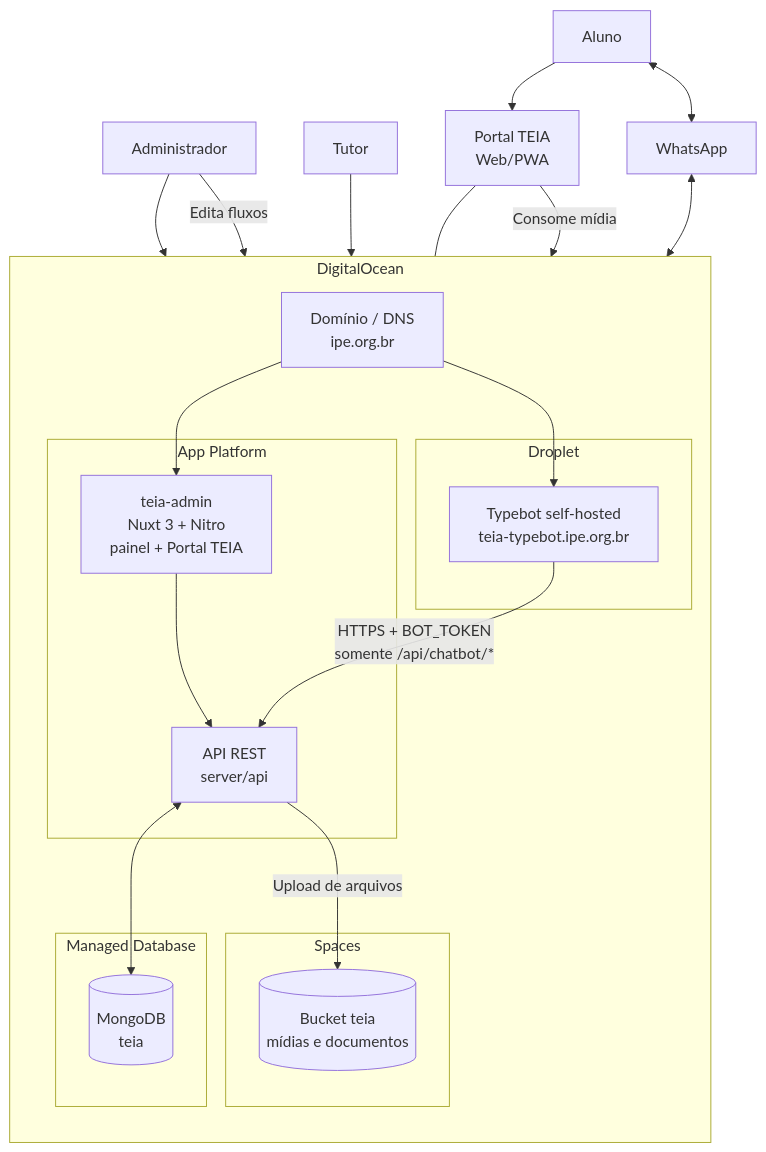
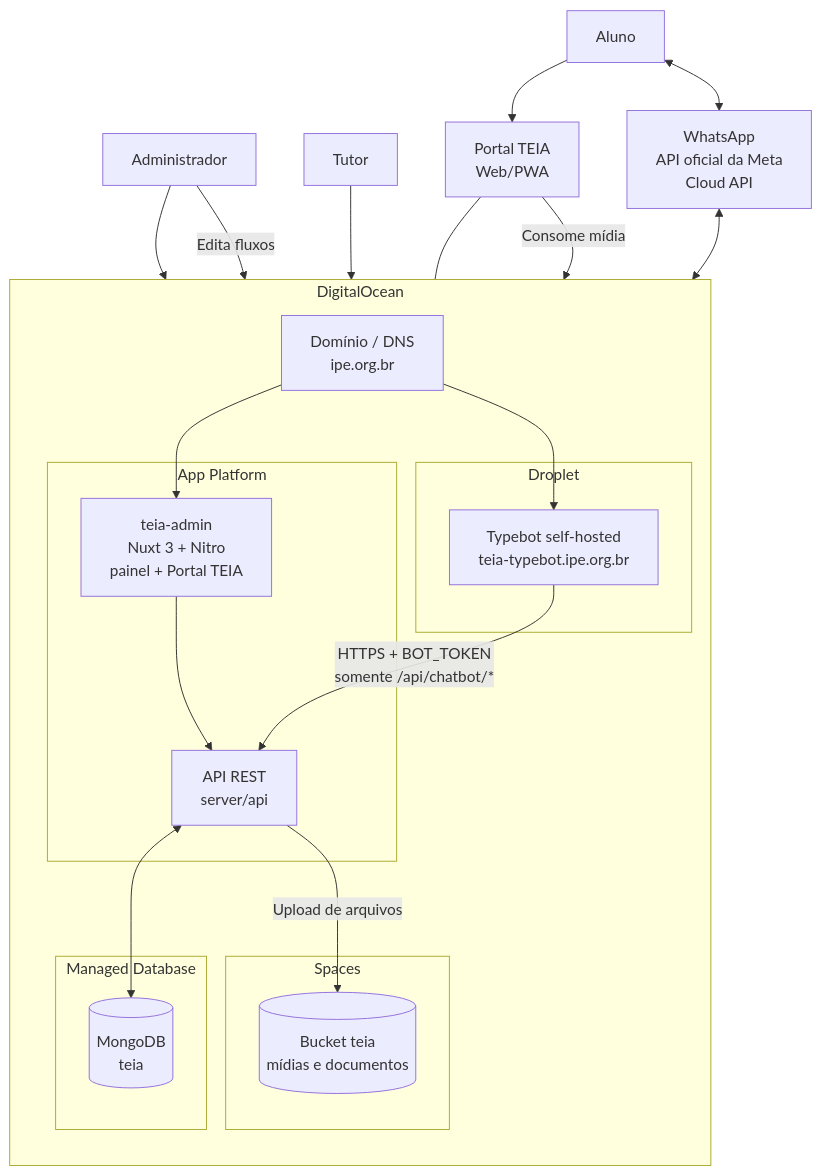
One commit to devsdoprojetoteia/teia-admin changed the first of 2 diagrams in docs/arquitetura_aplicacao.md. Above: the diagram before and after it, drawn with Mermaid. The commit also changed other lines of this file and 1 other file, not shown here.

Commit message:
Explicita na documentação de arquitetura e do chatbot que o WhatsApp é integrado ao Typebot pela API oficial da Meta (Cloud API), sem gateway intermediário.

````diff
--- a/docs/arquitetura_aplicacao.md
+++ b/docs/arquitetura_aplicacao.md
@@ -13,57 +13,57 @@
 ```mermaid
 flowchart TB
   %% Atores
   Staff[Administrador]
   Tutor[Tutor]
   Student[Aluno]
 
   %% Canais
-  WhatsApp[WhatsApp]
+  WhatsApp[WhatsApp<br/>API oficial da Meta<br/>Cloud API]
   Portal[Portal TEIA<br/>Web/PWA]
 
   %% DigitalOcean
   subgraph DO[DigitalOcean]
     direction TB
 
     subgraph AppPlatform[App Platform]
       AdminApp[teia-admin<br/>Nuxt 3 + Nitro<br/>painel + Portal TEIA]
       ApiRoutes[API REST<br/>server/api]
       AdminApp --> ApiRoutes
     end
 
     subgraph DB[Managed Database]
       Mongo[(MongoDB<br/>teia)]
     end
 
     subgraph ObjectStorage[Spaces]
       Spaces[(Bucket teia<br/>mídias e documentos)]
     end
 
     subgraph Compute[Droplet]
       Typebot[Typebot self-hosted<br/>teia-typebot.ipe.org.br]
     end
 
     Domain[Domínio / DNS<br/>ipe.org.br]
   end
 
   %% Acesso de usuários
   Staff --> AdminApp
   Tutor --> AdminApp
   Staff -->|Edita fluxos| Typebot
   Student --> Portal
   Portal --- AdminApp
 
   %% Fluxo do chatbot
   Student <--> WhatsApp
   WhatsApp <--> Typebot
   Typebot -->|HTTPS + BOT_TOKEN<br/>somente /api/chatbot/*| ApiRoutes
 
   %% Persistência
   ApiRoutes <--> Mongo
   ApiRoutes -->|Upload de arquivos| Spaces
   Portal -->|Consome mídia| Spaces
 
   %% Roteamento
   Domain --> AdminApp
   Domain --> Typebot
 ```
````
